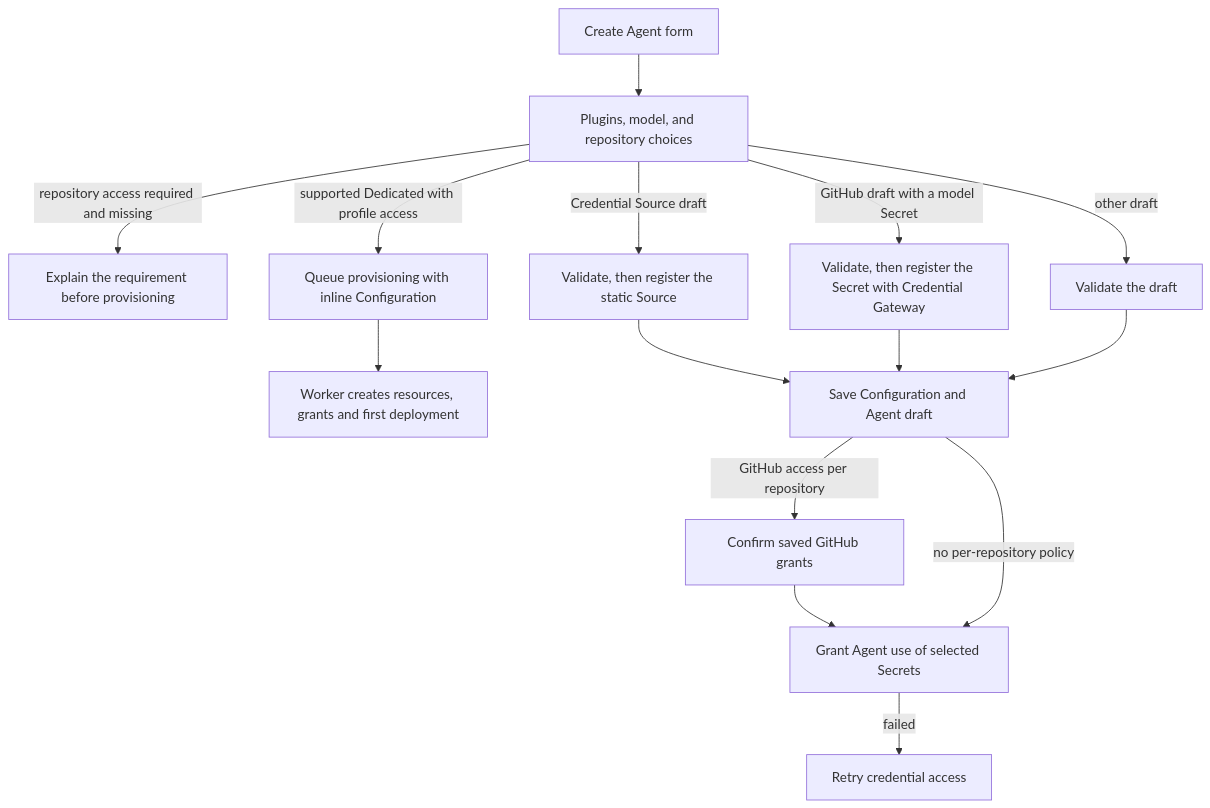
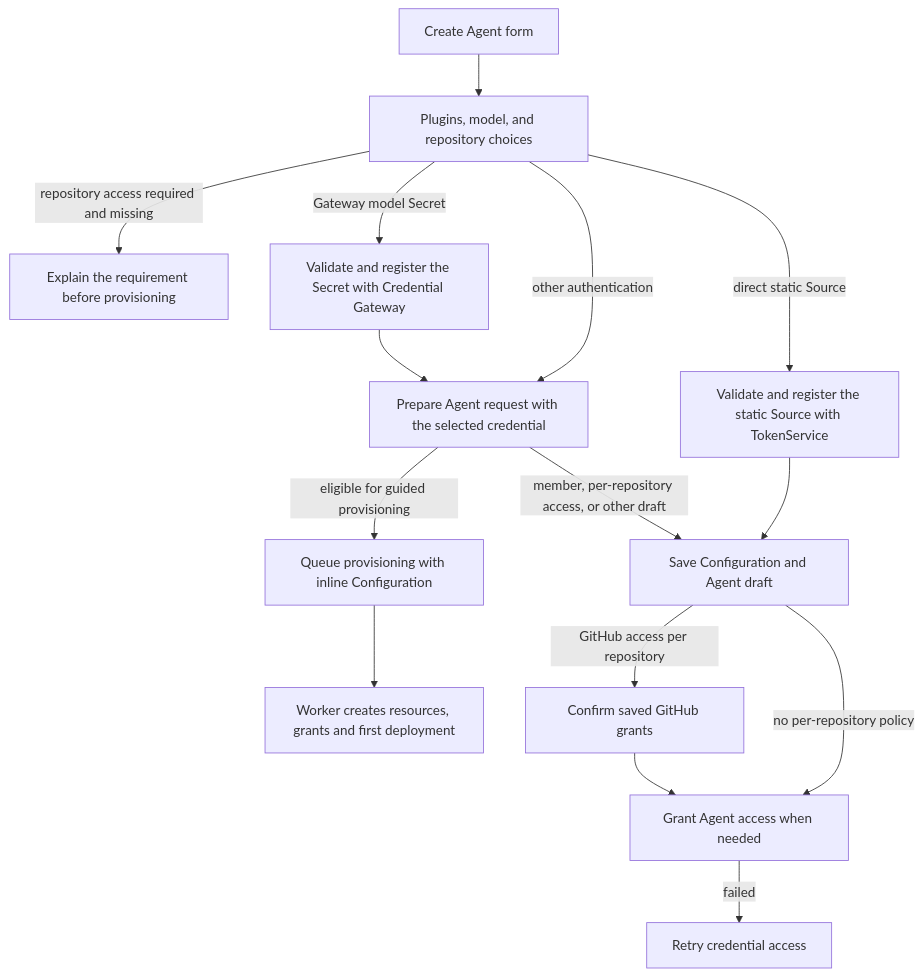
One commit to openclaw/openclaw-enterprise changed the diagram in docs/flows/platform-console/agent-creation.md. Above: the diagram before and after it, drawn with Mermaid. The commit also changed 2 other files, not shown here.

Commit message:
Align Agent creation flow and member Storybook preview

````diff
--- a/docs/flows/platform-console/agent-creation.md
+++ b/docs/flows/platform-console/agent-creation.md
@@ -27,17 +27,17 @@
 ```mermaid
 graph TD
   A["Create Agent form"] --> B["Plugins, model, and repository choices"]
   B -->|repository access required and missing| H["Explain the requirement before provisioning"]
-  B -->|supported Dedicated with profile access| C["Queue provisioning with inline Configuration"]
+  B -->|Gateway model Secret| K["Validate and register the Secret with Credential Gateway"]
+  K --> P["Prepare Agent request with the selected credential"]
+  B -->|other authentication| P
+  P -->|eligible for guided provisioning| C["Queue provisioning with inline Configuration"]
   C --> D["Worker creates resources, grants and first deployment"]
-  B -->|Credential Source draft| S["Validate, then register the static Source"]
-  S --> E["Save Configuration and Agent draft"]
-  B -->|GitHub draft with a model Secret| K["Validate, then register the Secret with Credential Gateway"]
-  K --> E
-  B -->|other draft| J["Validate the draft"]
-  J --> E
+  P -->|member, per-repository access, or other draft| E["Save Configuration and Agent draft"]
+  B -->|direct static Source| S["Validate and register the static Source with TokenService"]
+  S --> E
   E -->|GitHub access per repository| I["Confirm saved GitHub grants"]
   I --> F
-  E -->|no per-repository policy| F["Grant Agent use of selected Secrets"]
+  E -->|no per-repository policy| F["Grant Agent access when needed"]
   F -->|failed| G["Retry credential access"]
 ```
````
